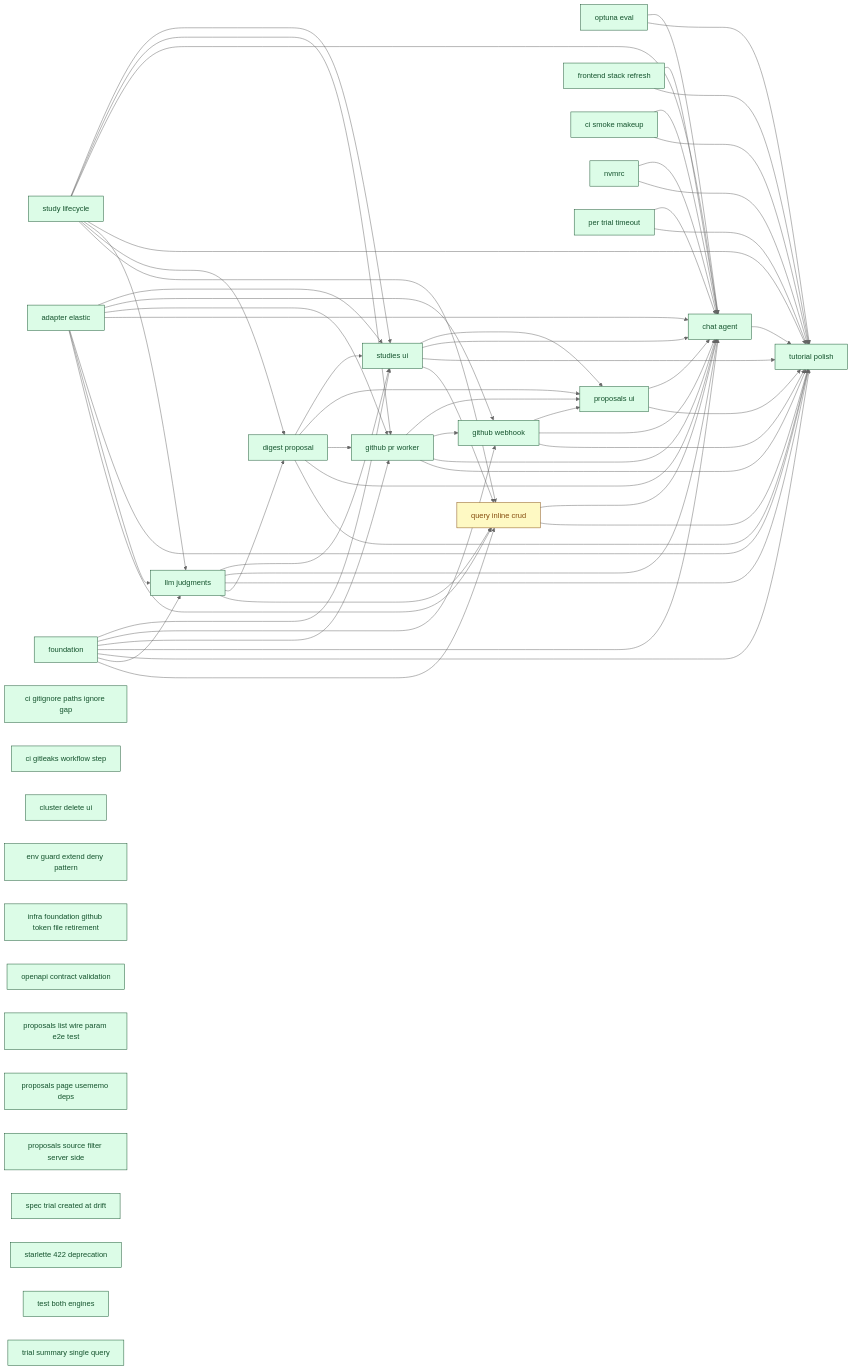
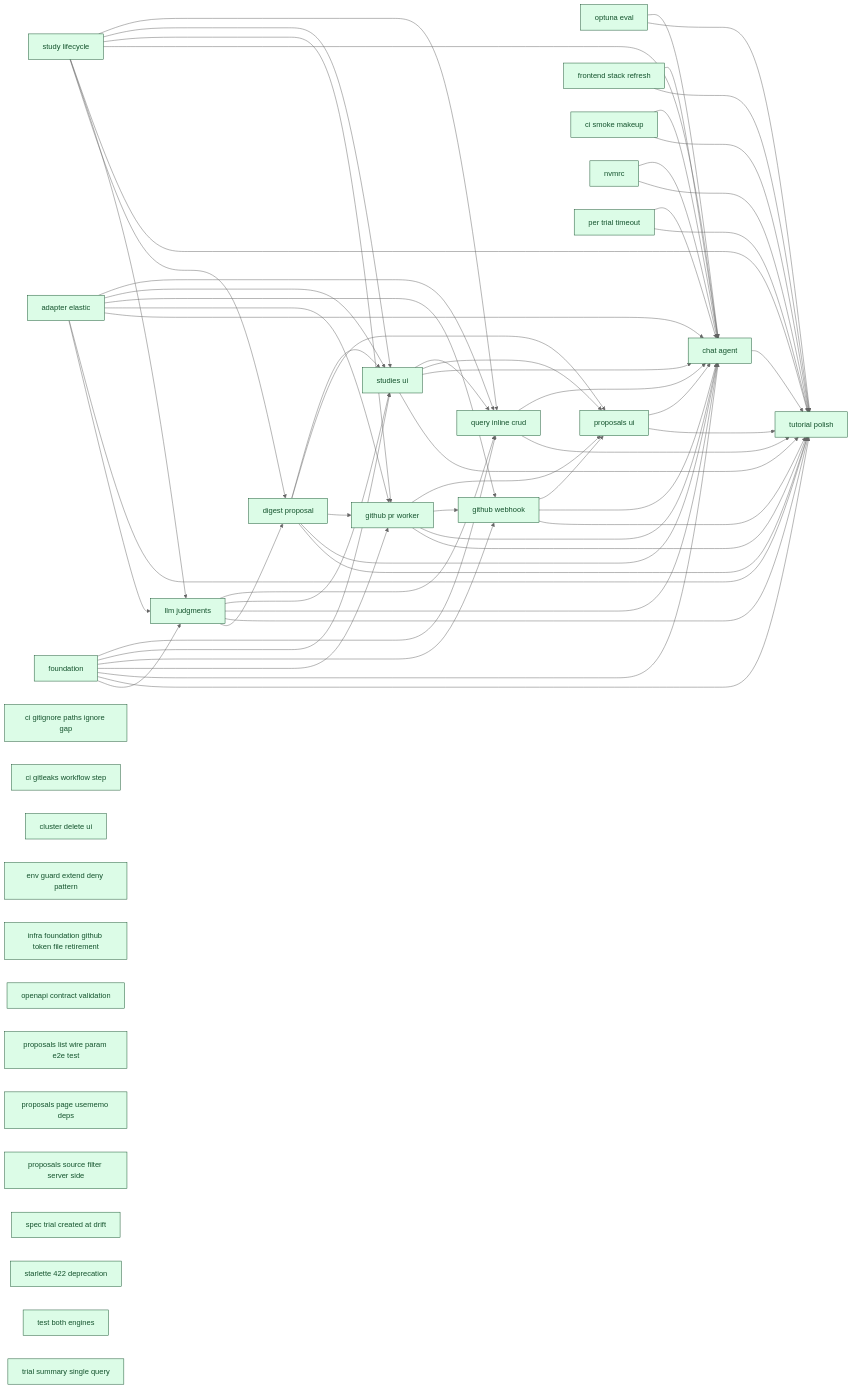
One commit to SoundMindsAI/relyloop changed the diagram in docs/00_overview/MVP1_DASHBOARD.md. Above: the diagram before and after it, drawn with Mermaid (neutral theme). The commit also changed other lines of this file and 6 other files, not shown here.

First line of the commit message:
docs: finalize feat_query_inline_crud — move folder to implemented_features/ + state.md entry (#102)

````diff
--- a/docs/00_overview/MVP1_DASHBOARD.md
+++ b/docs/00_overview/MVP1_DASHBOARD.md
@@ -106,8 +99,6 @@
   classDef plan fill:#fef9c3,stroke:#854d0e,color:#854d0e;
   classDef spec fill:#dbeafe,stroke:#1e40af,color:#1e40af;
   classDef idea fill:#f1f5f9,stroke:#334155,color:#334155;
-  feat_query_inline_crud["query inline crud"]
-  class feat_query_inline_crud plan;
   infra_foundation["foundation"]
   class infra_foundation done;
   feat_study_lifecycle["study lifecycle"]
@@ -166,11 +157,8 @@
   class infra_nvmrc done;
   infra_per_trial_timeout["per trial timeout"]
   class infra_per_trial_timeout done;
-  infra_foundation --> feat_query_inline_crud
-  infra_adapter_elastic --> feat_query_inline_crud
-  feat_study_lifecycle --> feat_query_inline_crud
-  feat_llm_judgments --> feat_query_inline_crud
-  feat_studies_ui --> feat_query_inline_crud
+  feat_query_inline_crud["query inline crud"]
+  class feat_query_inline_crud done;
   feat_study_lifecycle --> feat_digest_proposal
   feat_llm_judgments --> feat_digest_proposal
   infra_foundation --> feat_llm_judgments
@@ -223,4 +211,9 @@
   feat_digest_proposal --> feat_studies_ui
   feat_llm_judgments --> feat_studies_ui
   infra_adapter_elastic --> feat_studies_ui
+  infra_foundation --> feat_query_inline_crud
+  infra_adapter_elastic --> feat_query_inline_crud
+  feat_study_lifecycle --> feat_query_inline_crud
+  feat_llm_judgments --> feat_query_inline_crud
+  feat_studies_ui --> feat_query_inline_crud
 ```
````
